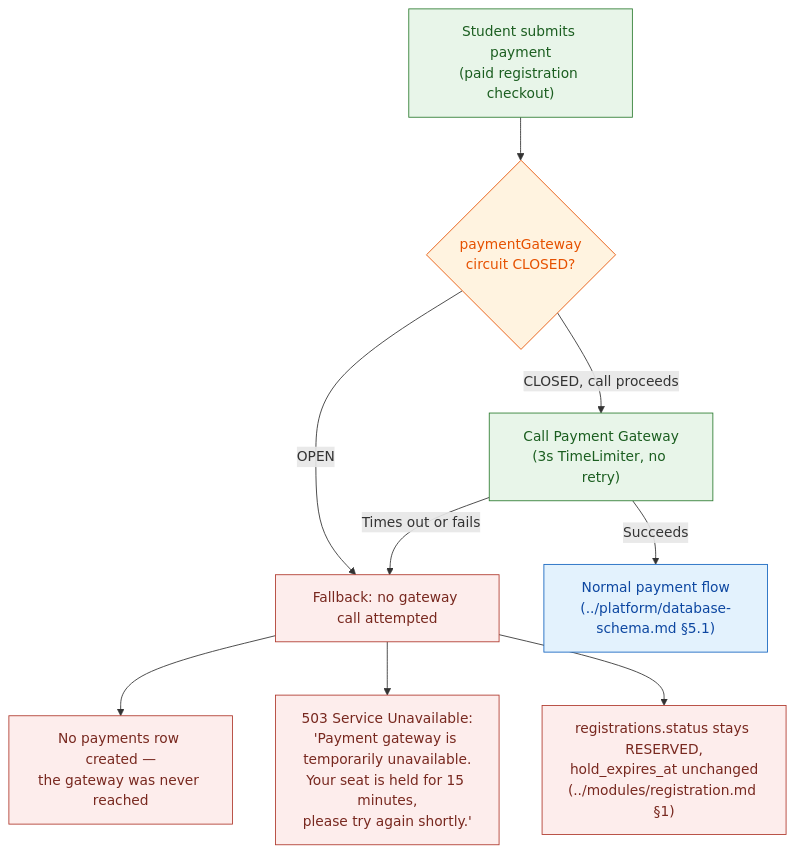
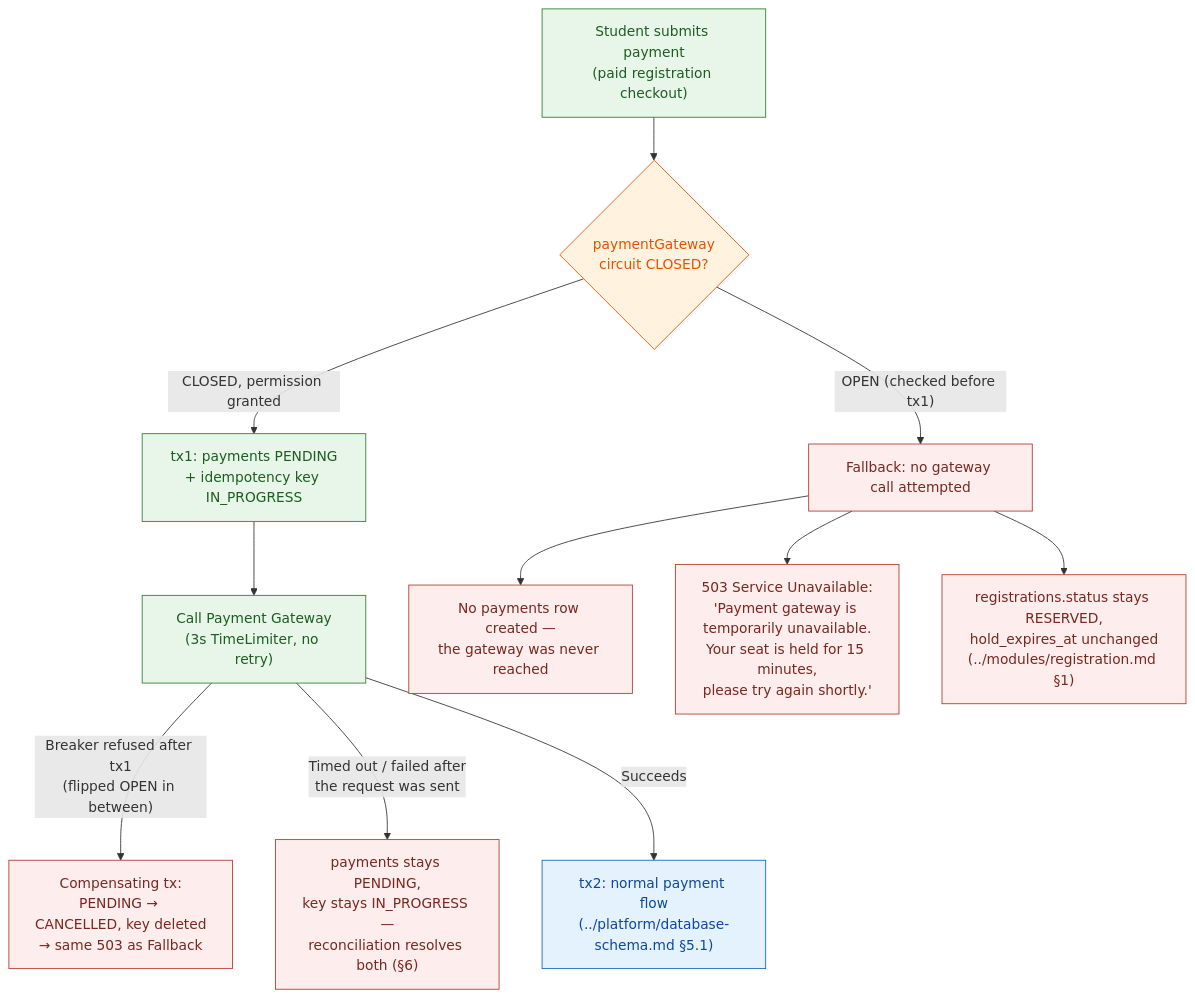
Before and after one commit to tiennt220805/UniHub: the first of 2 diagrams in docs/technical-design/modules/payment.md, drawn with Mermaid. The commit also changed other lines of this file and 4 other files, not shown here.

First line of the commit message:
docs(modules): registration/payment flows for D1, D2, D5, G1, G2

````diff
--- a/docs/technical-design/modules/payment.md
+++ b/docs/technical-design/modules/payment.md
@@ -113,22 +116,25 @@
 ```mermaid
 flowchart TD
     Checkout["Student submits payment<br/>(paid registration checkout)"] --> CB{"paymentGateway<br/>circuit CLOSED?"}
-    CB -->|OPEN| Fallback["Fallback: no gateway call attempted"]
-    CB -->|CLOSED, call proceeds| Call["Call Payment Gateway<br/>(3s TimeLimiter, no retry)"]
-    Call -->|Times out or fails| Fallback
-    Call -->|Succeeds| Normal["Normal payment flow<br/>(../platform/database-schema.md §5.1)"]
+    CB -->|"OPEN (checked before tx1)"| Fallback["Fallback: no gateway call attempted"]
+    CB -->|CLOSED, permission granted| Tx1["tx1: payments PENDING<br/>+ idempotency key IN_PROGRESS"]
+    Tx1 --> Call["Call Payment Gateway<br/>(3s TimeLimiter, no retry)"]
+    Call -->|"Breaker refused after tx1<br/>(flipped OPEN in between)"| Comp["Compensating tx:<br/>PENDING → CANCELLED, key deleted<br/>→ same 503 as Fallback"]
+    Call -->|"Timed out / failed after<br/>the request was sent"| Keep["payments stays PENDING,<br/>key stays IN_PROGRESS —<br/>reconciliation resolves both (§6)"]
+    Call -->|Succeeds| Normal["tx2: normal payment flow<br/>(../platform/database-schema.md §5.1)"]
 
     Fallback --> NoRow["No payments row created —<br/>the gateway was never reached"]
     Fallback --> Response["503 Service Unavailable:<br/>'Payment gateway is temporarily unavailable.<br/>Your seat is held for 15 minutes,<br/>please try again shortly.'"]
     Fallback --> HoldUntouched["registrations.status stays RESERVED,<br/>hold_expires_at unchanged<br/>(../modules/registration.md §1)"]
 
     classDef flowStyle fill:#E8F5E9,stroke:#2E7D32,color:#1B5E20
     classDef checkStyle fill:#FFF3E0,stroke:#E65100,color:#E65100
     classDef fallbackStyle fill:#FDEDEC,stroke:#B03A2E,color:#78281F
     classDef normalStyle fill:#E3F2FD,stroke:#1565C0,color:#0D47A1
 
     class Checkout,Call flowStyle
     class CB checkStyle
-    class Fallback,NoRow,Response,HoldUntouched fallbackStyle
+    class Fallback,NoRow,Response,HoldUntouched,Comp,Keep fallbackStyle
+    class Tx1 flowStyle
     class Normal normalStyle
 ```
````
